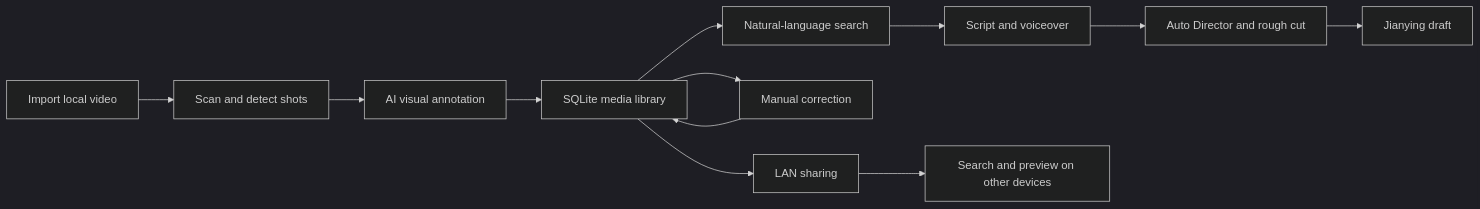
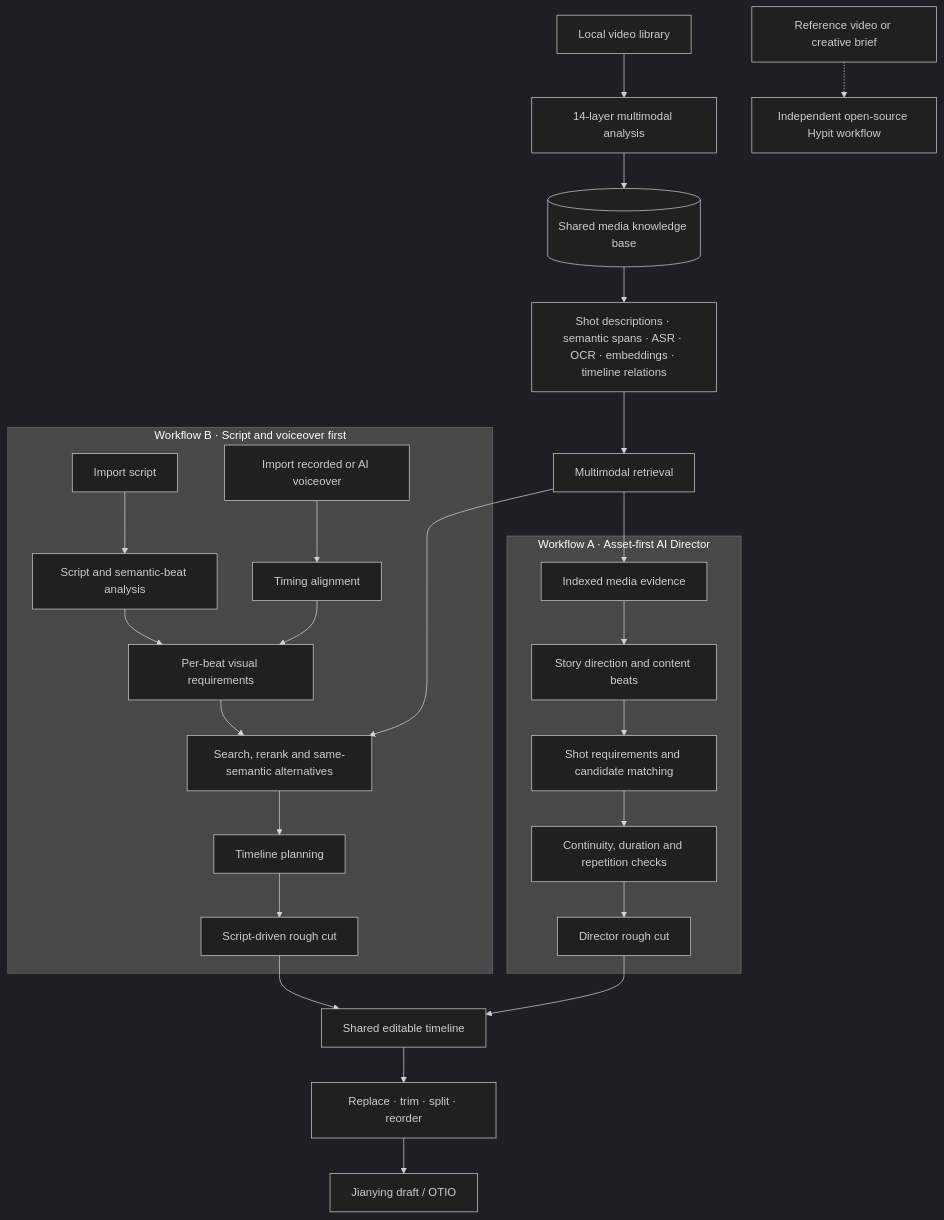
One commit to xinsen854/ClipAtlas changed the second of 2 diagrams in README.md. Above: the diagram before and after it, drawn with Mermaid (dark theme). The commit also changed other lines of this file, not shown here.

Commit message:
docs: rewrite README around AI media intelligence and dual workflows

````diff
--- a/README.md
+++ b/README.md
@@ -134,14 +312,32 @@
 ```mermaid
-flowchart LR
-    A[Import local video] --> B[Scan and detect shots]
-    B --> C[AI visual annotation]
-    C --> D[SQLite media library]
-    D --> E[Natural-language search]
-    D --> F[Manual correction]
-    F --> D
-    E --> G[Script and voiceover]
-    G --> H[Auto Director and rough cut]
-    H --> I[Jianying draft]
-    D --> J[LAN sharing]
-    J --> K[Search and preview on other devices]
+flowchart TB
+    A[Local video library] --> B[14-layer multimodal analysis]
+    B --> C[(Shared media knowledge base)]
+    C --> D[Shot descriptions · semantic spans · ASR · OCR · embeddings · timeline relations]
+    D --> E[Multimodal retrieval]
+
+    subgraph DIRECTOR[Workflow A · Asset-first AI Director]
+        F[Indexed media evidence] --> G[Story direction and content beats]
+        G --> H[Shot requirements and candidate matching]
+        H --> I[Continuity, duration and repetition checks]
+        I --> J[Director rough cut]
+    end
+
+    subgraph SCRIPT[Workflow B · Script and voiceover first]
+        K[Import script] --> L[Script and semantic-beat analysis]
+        M[Import recorded or AI voiceover] --> N[Timing alignment]
+        L --> O[Per-beat visual requirements]
+        N --> O
+        O --> P[Search, rerank and same-semantic alternatives]
+        P --> Q[Timeline planning]
+        Q --> R[Script-driven rough cut]
+    end
+
+    E --> F
+    E --> P
+    J --> S[Shared editable timeline]
+    R --> S
+    S --> T[Replace · trim · split · reorder]
+    T --> U[Jianying draft / OTIO]
+    V[Reference video or creative brief] -.-> W[Independent open-source Hypit workflow]
 ```
````
